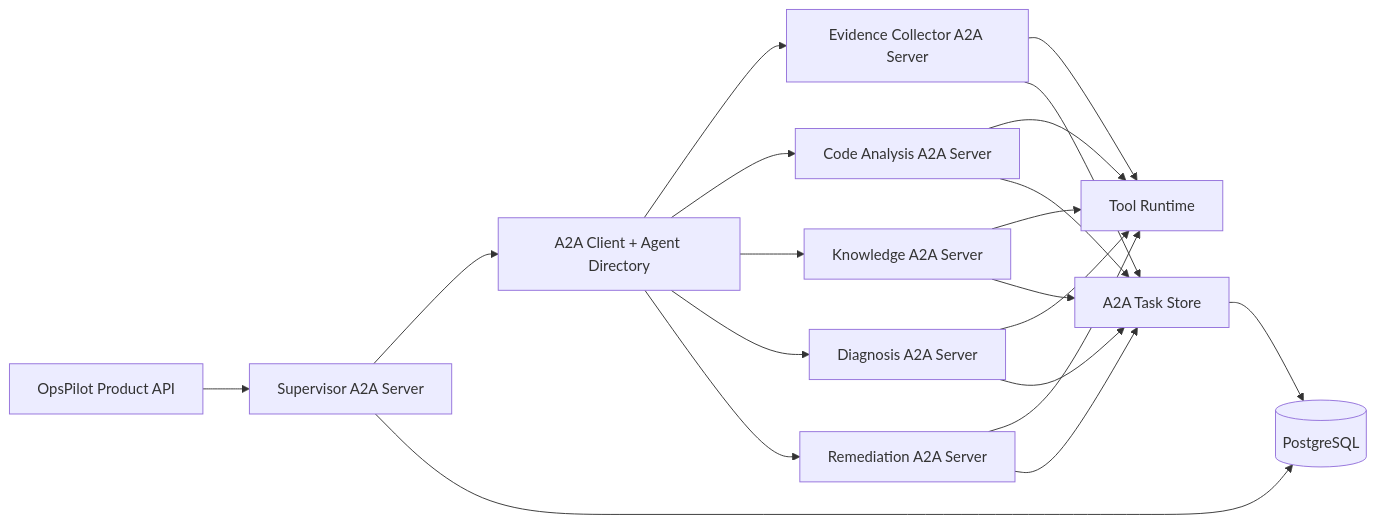
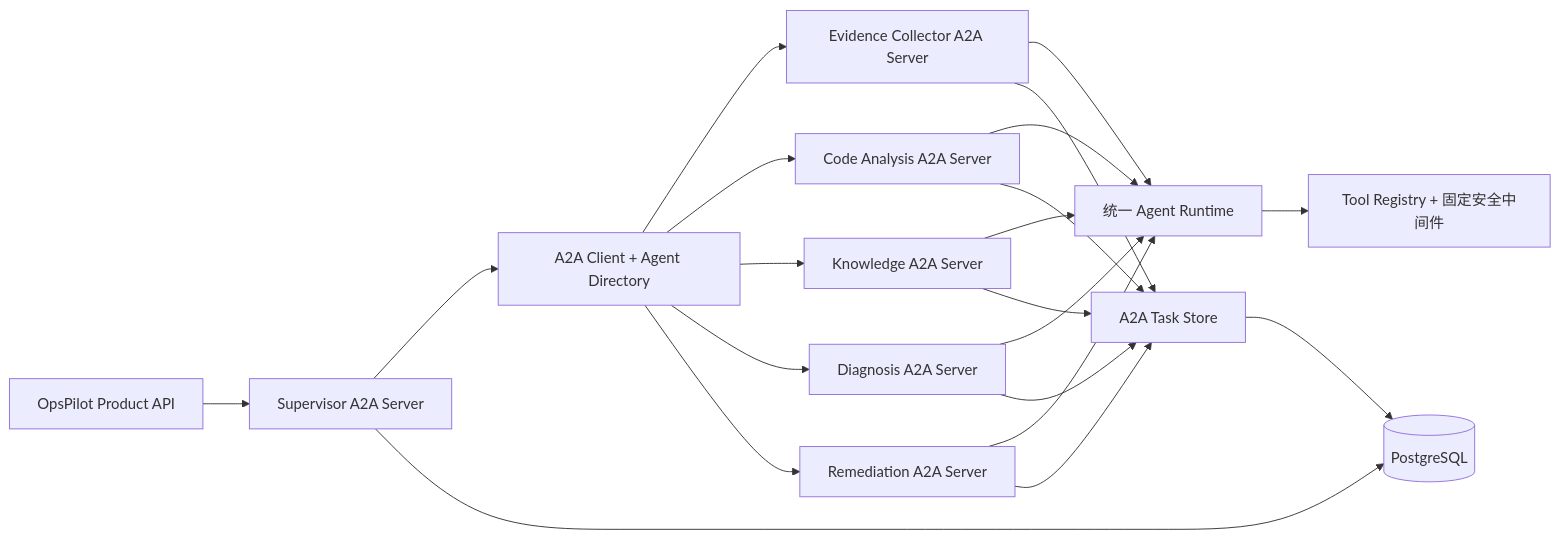
The first of 4 diagrams in docs/design/opspilot-system-design/03-a2a-multi-agent-architecture.md (lkwslm/OpsPilot), drawn with Mermaid before and after one commit. The commit also changed other lines of this file and 13 other files, not shown here.

Commit message:
redesign architecture around controlled extensions

````diff
--- a/docs/design/opspilot-system-design/03-a2a-multi-agent-architecture.md
+++ b/docs/design/opspilot-system-design/03-a2a-multi-agent-architecture.md
@@ -57,23 +60,24 @@
 ```mermaid
 flowchart LR
     API["OpsPilot Product API"] --> S["Supervisor A2A Server"]
     S --> AC["A2A Client + Agent Directory"]
     AC --> E["Evidence Collector A2A Server"]
     AC --> C["Code Analysis A2A Server"]
     AC --> K["Knowledge A2A Server"]
     AC --> D["Diagnosis A2A Server"]
     AC --> R["Remediation A2A Server"]
 
-    E --> TR["Tool Runtime"]
-    C --> TR
-    K --> TR
-    D --> TR
-    R --> TR
+    E --> AR["统一 Agent Runtime"]
+    C --> AR
+    K --> AR
+    D --> AR
+    R --> AR
+    AR --> TR["Tool Registry + 固定安全中间件"]
     S --> PG[("PostgreSQL")]
     E --> ATS["A2A Task Store"]
     C --> ATS
     K --> ATS
     D --> ATS
     R --> ATS
     ATS --> PG
 ```
````
